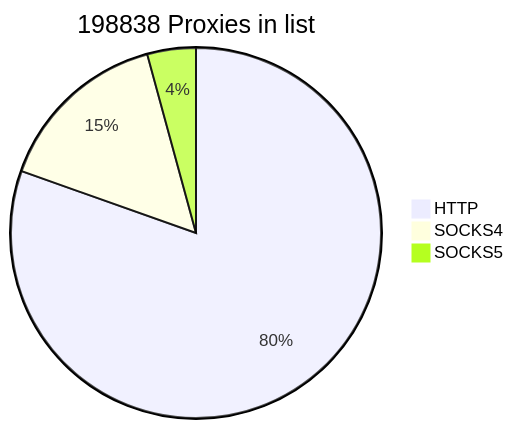
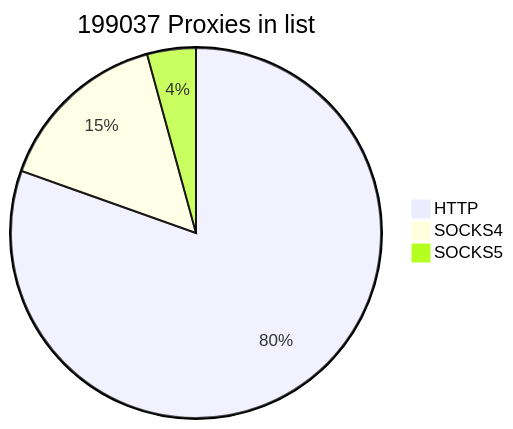
One commit to cutipu/proxylist changed the first of 2 diagrams in README.md. Above: the diagram before and after it, drawn with Mermaid. The commit also changed other lines of this file, not shown here.

````diff
--- a/README.md
+++ b/README.md
@@ -2,7 +2,7 @@
 ```mermaid
-pie title 198838 Proxies in list
-    "HTTP" : 159918
-    "SOCKS4" : 30487
-    "SOCKS5" : 8433
+pie title 199037 Proxies in list
+    "HTTP" : 160109
+    "SOCKS4" : 30462
+    "SOCKS5" : 8466
             
 ```
````
